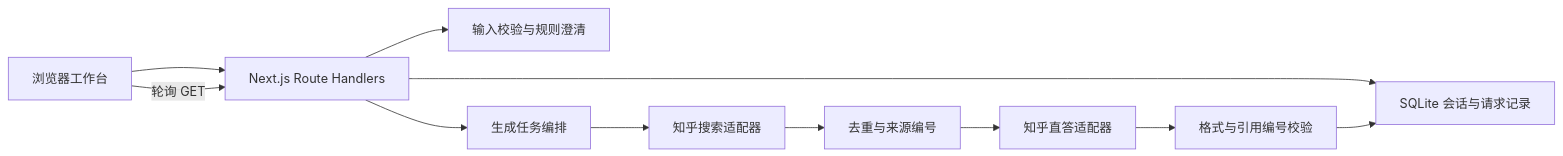
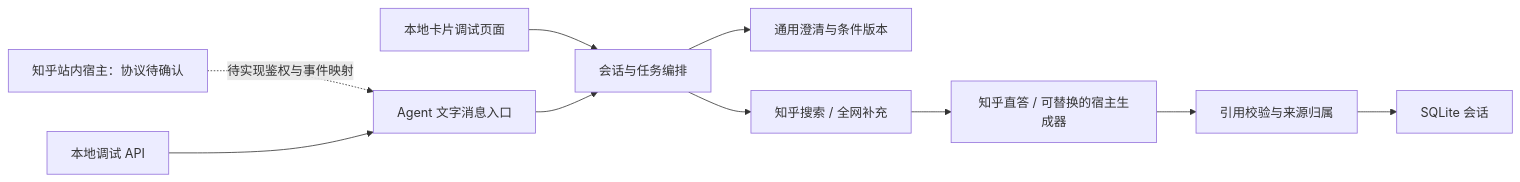
Before and after one commit to Alia0415/tanshan-agent: the diagram in docs/ARCHITECTURE.md, drawn with Mermaid. The commit also changed other lines of this file and 28 other files, not shown here.

````diff
--- a/docs/ARCHITECTURE.md
+++ b/docs/ARCHITECTURE.md
@@ -7,13 +5,12 @@
 ```mermaid
 flowchart LR
-  UI[浏览器工作台] --> API[Next.js Route Handlers]
-  API --> Rules[输入校验与规则澄清]
-  API --> Store[SQLite 会话与请求记录]
-  API --> Job[生成任务编排]
-  Job --> Search[知乎搜索适配器]
-  Search --> Dedup[去重与来源编号]
-  Dedup --> Generate[知乎直答适配器]
-  Generate --> Validate[格式与引用编号校验]
-  Validate --> Store
-  UI -->|轮询 GET| API
+  Host[知乎站内宿主：协议待确认] -. 待实现鉴权与事件映射 .-> Bridge[Agent 文字消息入口]
+  Debug[本地调试 API] --> Bridge
+  Cards[本地卡片调试页面] --> Runtime[会话与任务编排]
+  Bridge --> Runtime
+  Runtime --> Rules[通用澄清与条件版本]
+  Runtime --> Search[知乎搜索 / 全网补充]
+  Search --> Generate[知乎直答 / 可替换的宿主生成器]
+  Generate --> Evidence[引用校验与来源归属]
+  Evidence --> Store[SQLite 会话]
 ```
````
